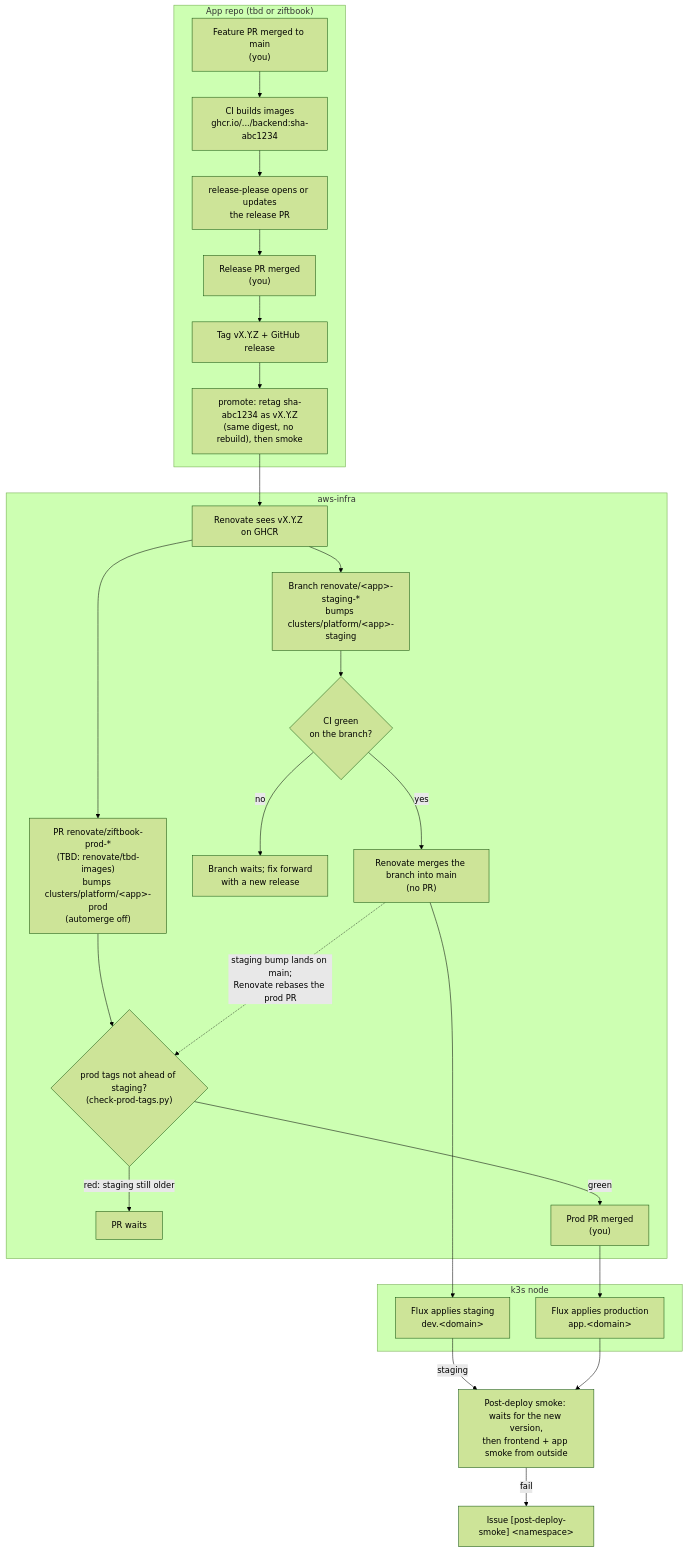
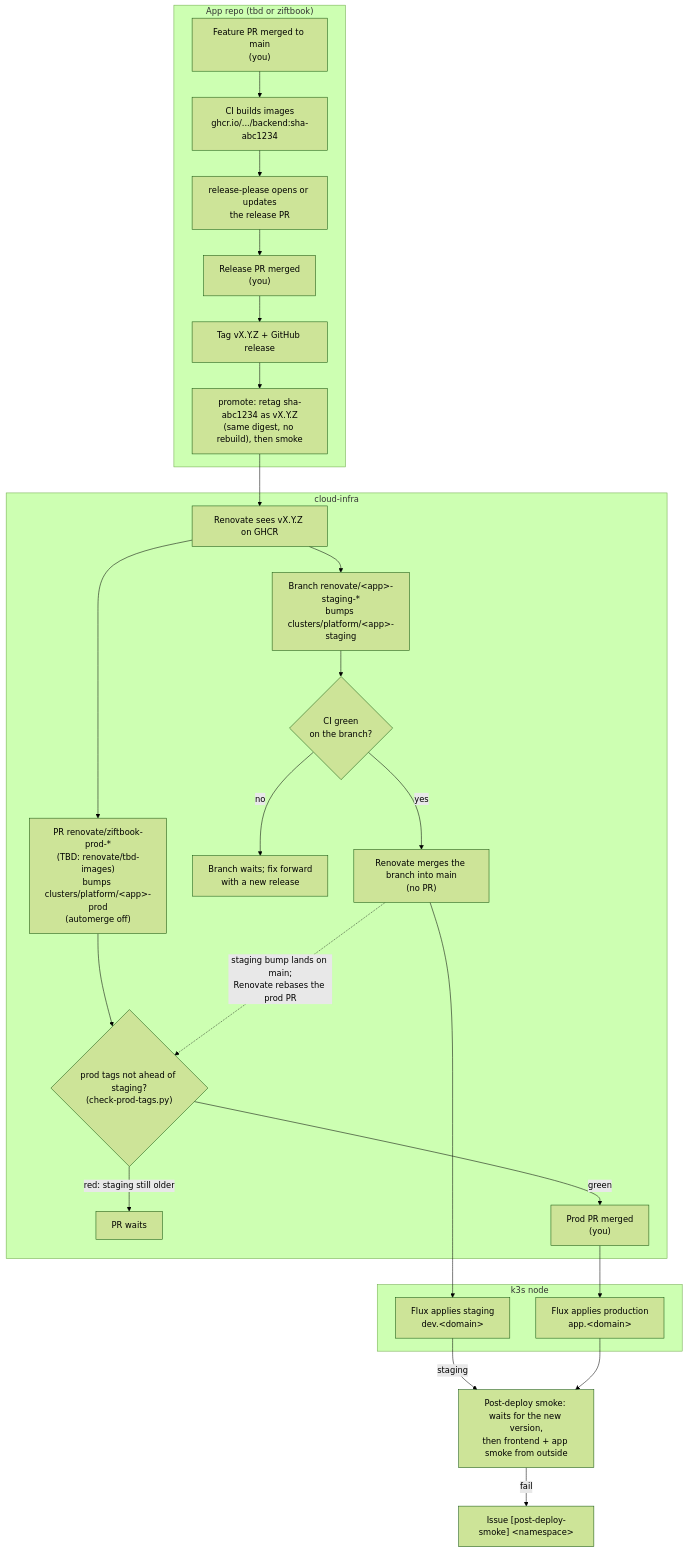
The first of 2 diagrams in docs/release-flow.md (fjcloudaiconsulting/aws-infra), drawn with Mermaid (forest theme) before and after one commit. The commit also changed other lines of this file and 13 other files, not shown here.

First line of the commit message:
chore: point aws-infra references at cloud-infra (INFRA-168) (#171)

````diff
--- a/docs/release-flow.md
+++ b/docs/release-flow.md
@@ -23,33 +23,33 @@
 ```mermaid
 flowchart TD
     subgraph app["App repo (tbd or ziftbook)"]
         A["Feature PR merged to main<br/>(you)"] --> B["CI builds images<br/>ghcr.io/.../backend:sha-abc1234"]
         B --> C["release-please opens or updates<br/>the release PR"]
         C --> D["Release PR merged<br/>(you)"]
         D --> E["Tag vX.Y.Z + GitHub release"]
         E --> F["promote: retag sha-abc1234 as vX.Y.Z<br/>(same digest, no rebuild), then smoke"]
     end
 
     F --> G["Renovate sees vX.Y.Z on GHCR"]
 
-    subgraph infra["aws-infra"]
+    subgraph infra["cloud-infra"]
         G --> H["Branch renovate/&lt;app&gt;-staging-*<br/>bumps clusters/platform/&lt;app&gt;-staging"]
         H --> I{"CI green<br/>on the branch?"}
         I -- yes --> J["Renovate merges the branch into main<br/>(no PR)"]
         I -- no --> H2["Branch waits; fix forward<br/>with a new release"]
         G --> K["PR renovate/ziftbook-prod-*<br/>(TBD: renovate/tbd-images)<br/>bumps clusters/platform/&lt;app&gt;-prod<br/>(automerge off)"]
         K --> L{"prod tags not ahead of staging?<br/>(check-prod-tags.py)"}
         L -- "red: staging still older" --> W["PR waits"]
         J -. "staging bump lands on main;<br/>Renovate rebases the prod PR" .-> L
         L -- green --> M["Prod PR merged<br/>(you)"]
     end
 
     subgraph cluster["k3s node"]
         J --> N["Flux applies staging<br/>dev.&lt;domain&gt;"]
         M --> O["Flux applies production<br/>app.&lt;domain&gt;"]
     end
 
     N -- "staging" --> P["Post-deploy smoke: waits for the new version,<br/>then frontend + app smoke from outside"]
     O --> P
     P -- fail --> Q["Issue [post-deploy-smoke] &lt;namespace&gt;"]
 ```
````
